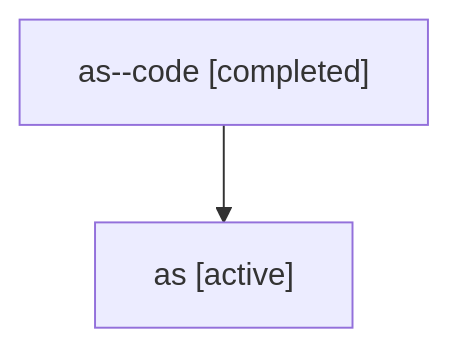
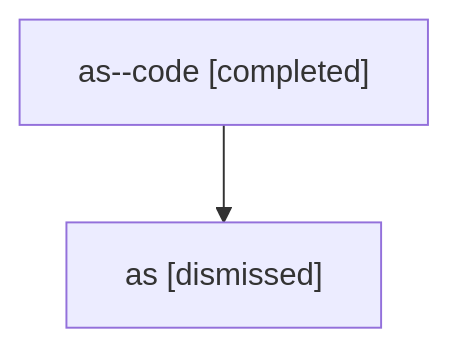
Before and after one commit to sase-org/sase--agents: the diagram in sessions/bbugyi200.athena.as.md, drawn with Mermaid. The commit also changed other lines of this file and 34 other files, not shown here.

````diff
--- a/sessions/bbugyi200.athena.as.md
+++ b/sessions/bbugyi200.athena.as.md
@@ -9,6 +9,6 @@
 ```mermaid
 flowchart TD
   n0["as--code [completed]"]
-  n1["as [active]"]
+  n1["as [dismissed]"]
   n0 --> n1
 ```
````
